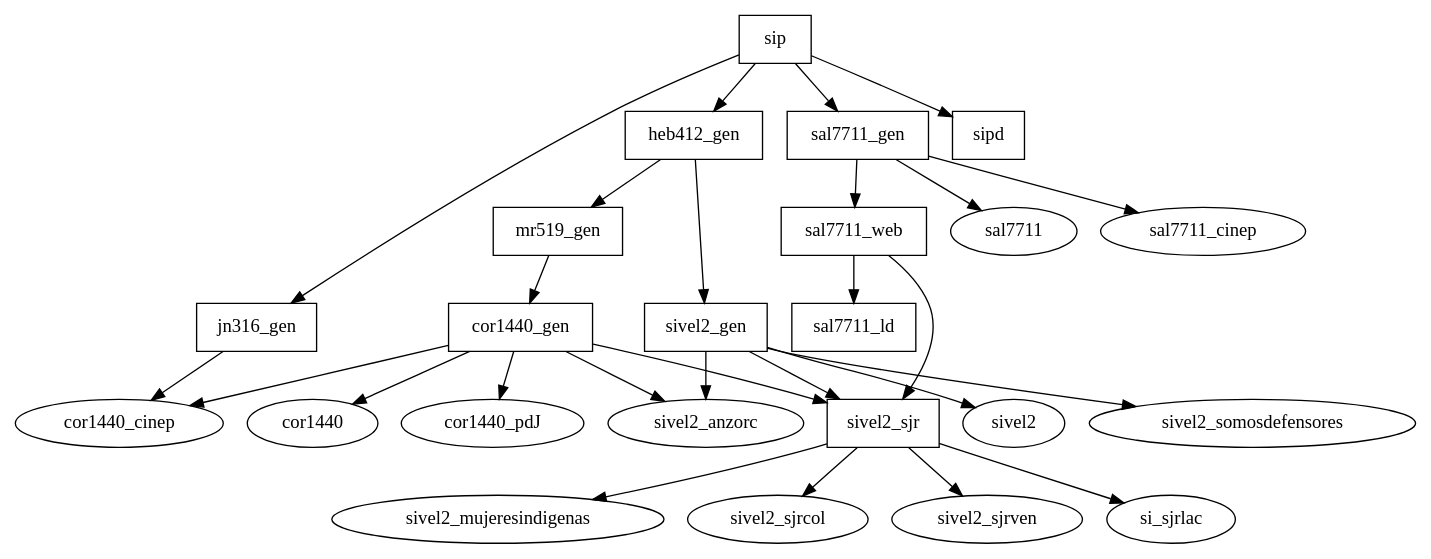
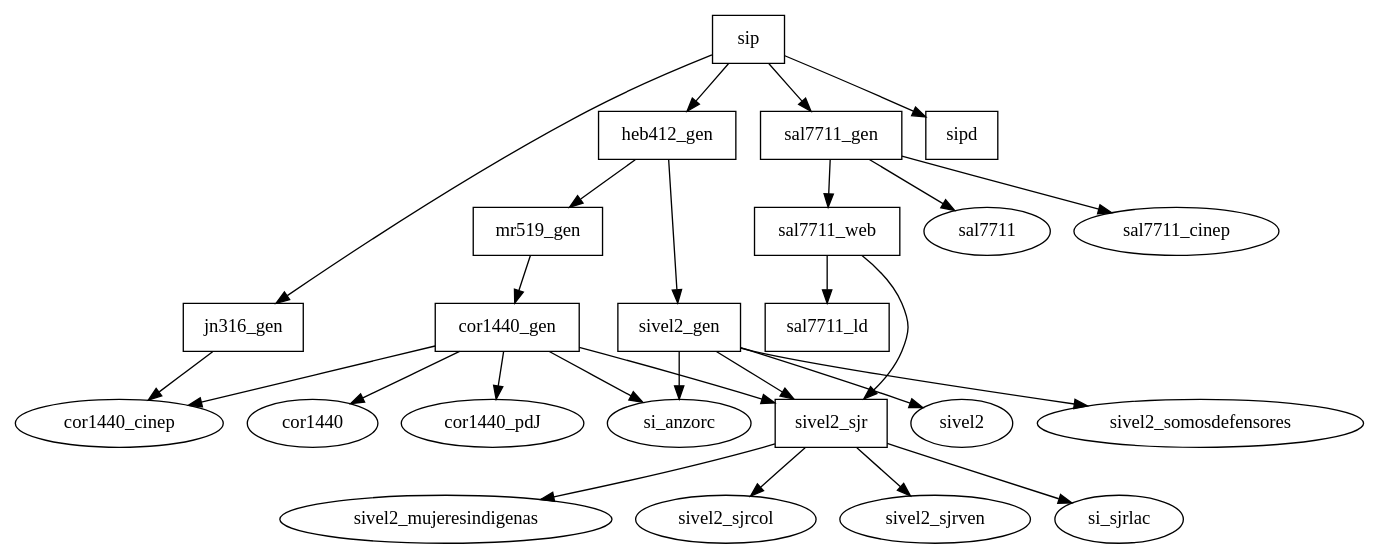
The diagram in doc/dependencias.dot (pasosdeJesus/sip), drawn with Graphviz before and after one commit. The commit also changed 1 other file, not shown here.

```diff
--- a/doc/dependencias.dot
+++ b/doc/dependencias.dot
@@ -1,25 +1,25 @@
 digraph I {
   
   cor1440_gen  [shape=box]
   jn316_gen [shape=box]
   heb412_gen [shape=box]
   mr519_gen [shape=box]
   sivel2_gen [shape=box]
   sivel2_sjr [shape=box]
   sal7711_gen [shape=box]
   sal7711_ld [shape=box]
   sal7711_web [shape=box]
   sip [shape=box]
   sipd [shape=box]
  
   sip -> {sipd,jn316_gen,heb412_gen,sal7711_gen}
   heb412_gen -> {mr519_gen, sivel2_gen}
   mr519_gen -> cor1440_gen 
   jn316_gen -> cor1440_cinep
-  sivel2_gen -> {sivel2, sivel2_sjr, sivel2_somosdefensores, sivel2_anzorc}
+  sivel2_gen -> {sivel2, sivel2_sjr, sivel2_somosdefensores, si_anzorc}
   sal7711_gen -> {sal7711, sal7711_cinep, sal7711_web}
   sal7711_web -> {sivel2_sjr, sal7711_ld}
-  cor1440_gen -> {cor1440, cor1440_pdJ, cor1440_cinep, sivel2_sjr, sivel2_anzorc}
+  cor1440_gen -> {cor1440, cor1440_pdJ, cor1440_cinep, sivel2_sjr, si_anzorc}
   sivel2_sjr -> {sivel2_mujeresindigenas, sivel2_sjrcol, sivel2_sjrven, si_sjrlac}
 
 }
```
